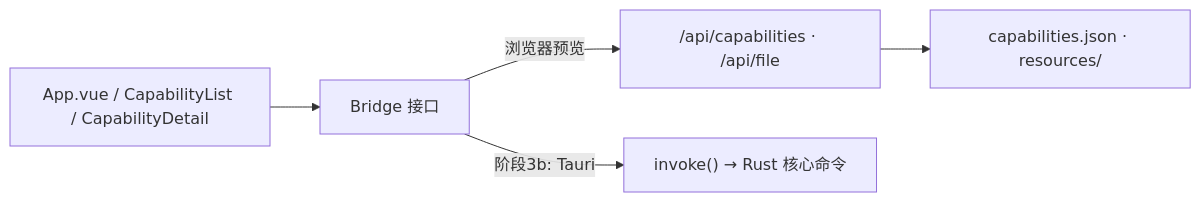
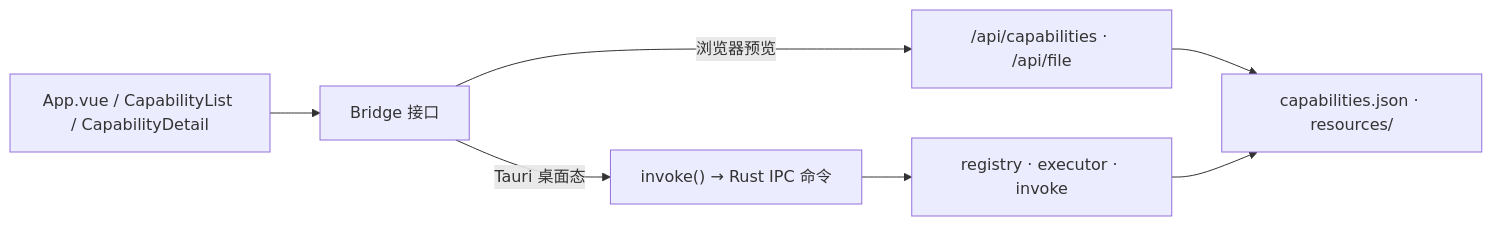
The diagram in docs/features/desktop-ui/architecture.md (X-85/Elwright), drawn with Mermaid before and after one commit. The commit also changed other lines of this file and 81 other files, not shown here.

````diff
--- a/docs/features/desktop-ui/architecture.md
+++ b/docs/features/desktop-ui/architecture.md
@@ -12,7 +14,9 @@
 ```mermaid
 flowchart LR
     UI["App.vue / CapabilityList / CapabilityDetail"] --> B["Bridge 接口"]
     B -->|浏览器预览| HTTP["/api/capabilities · /api/file"]
-    B -->|阶段3b: Tauri| IPC["invoke() → Rust 核心命令"]
+    B -->|Tauri 桌面态| IPC["invoke() → Rust IPC 命令"]
     HTTP --> Files["capabilities.json · resources/"]
+    IPC --> Core["registry · executor · invoke"]
+    Core --> Files
 ```
````
